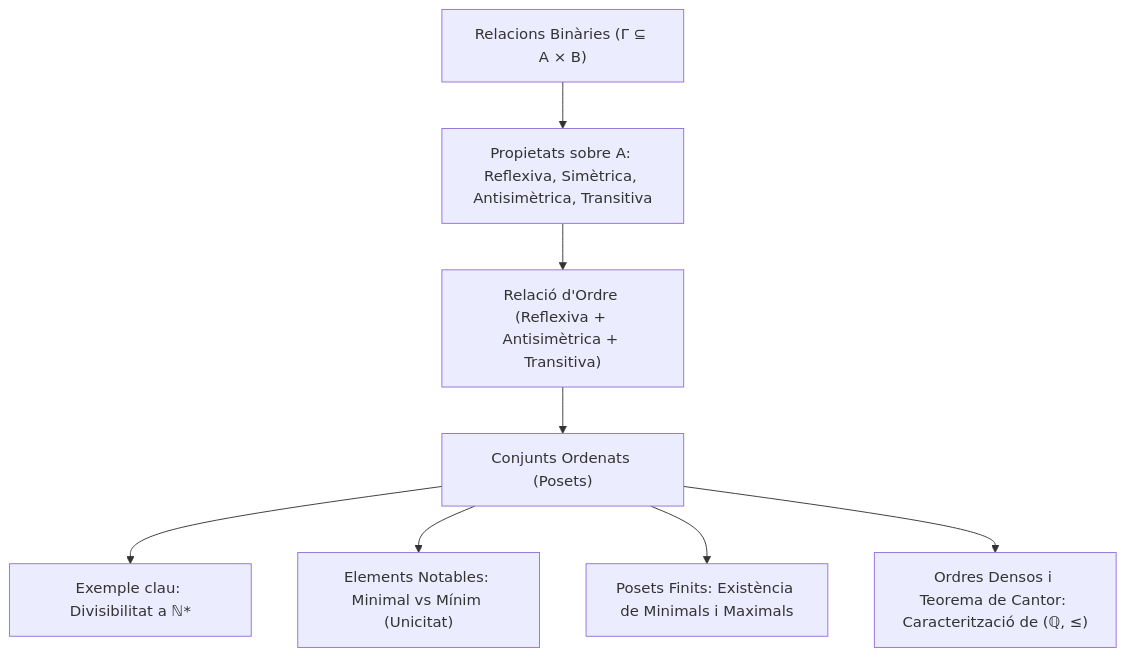
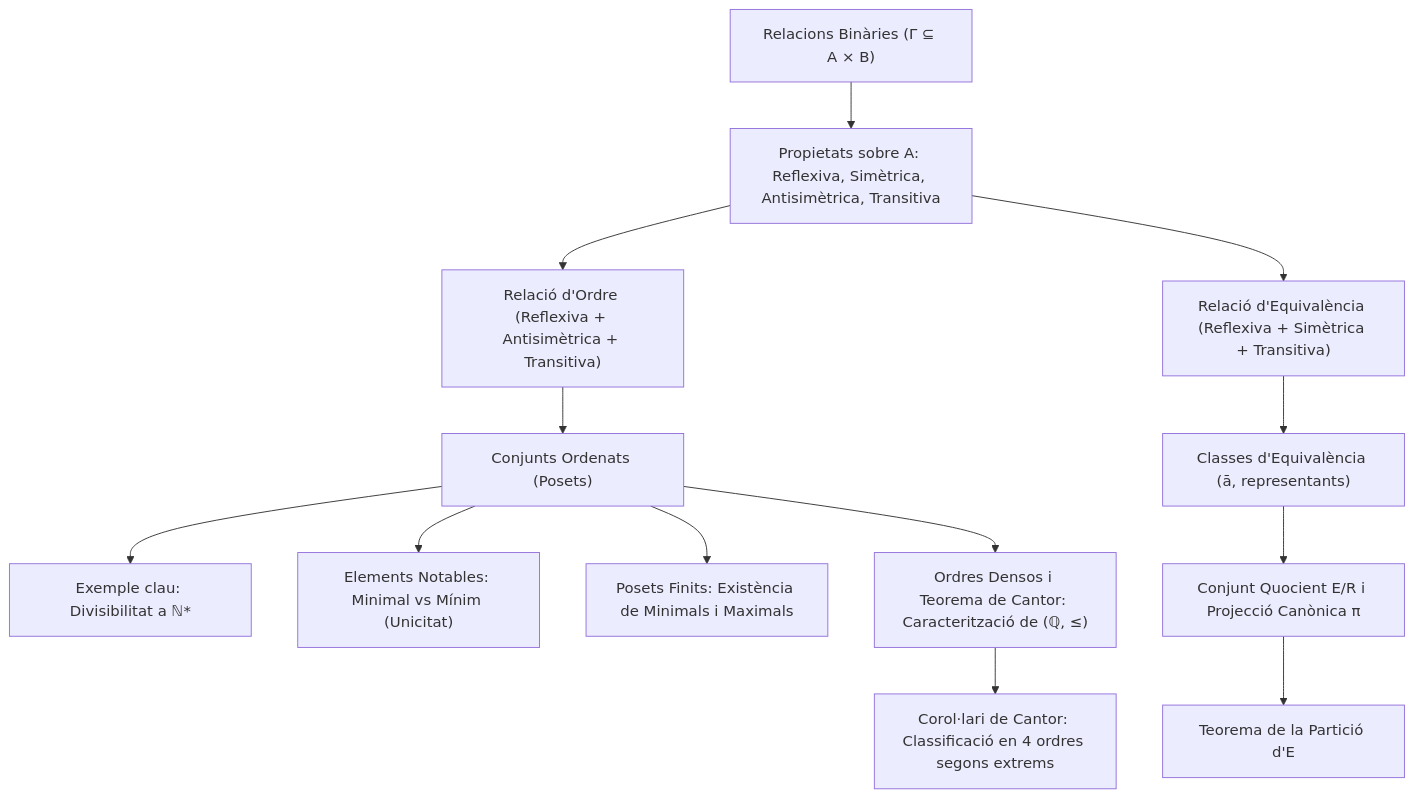
One commit to Bibinuz/Apunts-Matematiques changed the diagram in Apunts/Fonaments 1/03. Relacions Binàries, Equivalència i Ordre.md. Above: the diagram before and after it, drawn with Mermaid. The commit also changed other lines of this file and 16 other files, not shown here.

````diff
--- a/Apunts/Fonaments 1/03. Relacions Binàries, Equivalència i Ordre.md
+++ b/Apunts/Fonaments 1/03. Relacions Binàries, Equivalència i Ordre.md
@@ -286,10 +407,15 @@
 ```mermaid
 flowchart TD
     RelBin["Relacions Binàries (Γ ⊆ A × B)"] --> Prop["Propietats sobre A: Reflexiva, Simètrica, Antisimètrica, Transitiva"]
     Prop --> Ordre["Relació d'Ordre (Reflexiva + Antisimètrica + Transitiva)"]
+    Prop --> Equiv["Relació d'Equivalència (Reflexiva + Simètrica + Transitiva)"]
     Ordre --> Poset["Conjunts Ordenats (Posets)"]
     Poset --> Divisibilitat["Exemple clau: Divisibilitat a ℕ*"]
     Poset --> Extremals["Elements Notables: Minimal vs Mínim (Unicitat)"]
     Poset --> PosetFinit["Posets Finits: Existència de Minimals i Maximals"]
     Poset --> Cantor["Ordres Densos i Teorema de Cantor: Caracterització de (ℚ, ≤)"]
+    Cantor --> CorolCantor["Corol·lari de Cantor: Classificació en 4 ordres segons extrems"]
+    Equiv --> Classes["Classes d'Equivalència (ā, representants)"]
+    Classes --> Quocient["Conjunt Quocient E/R i Projecció Canònica π"]
+    Quocient --> Particio["Teorema de la Partició d'E"]
 ```
````
